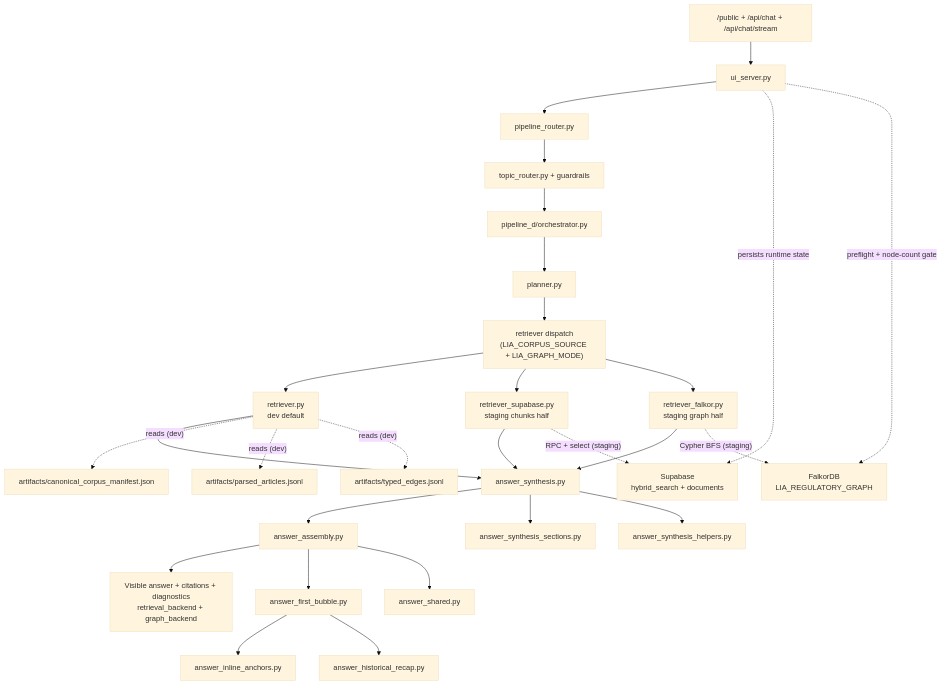
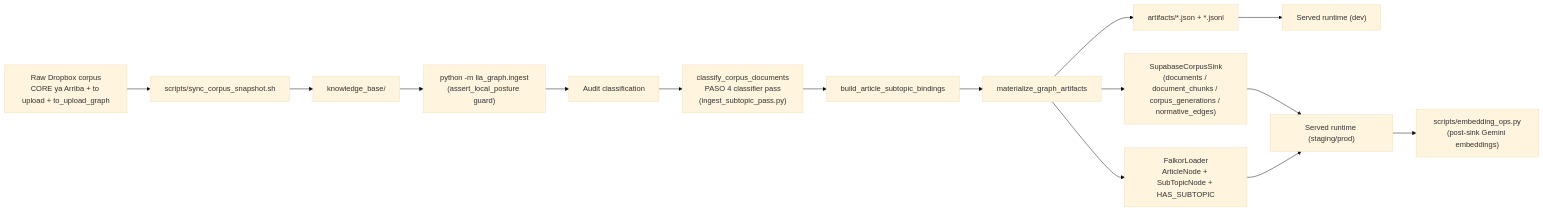
The second of 3 diagrams in docs/guide/orchestration.md (avas888/LIA_Graph), drawn with Mermaid (base theme) before and after one commit. The commit also changed other lines of this file, not shown here.

First line of the commit message:
docs(orchestration): deep refresh — current-state map + single-pass ingest + subtopic-aware retrieval

````diff
--- a/docs/guide/orchestration.md
+++ b/docs/guide/orchestration.md
@@ -467,32 +275,17 @@
 ```mermaid
-flowchart TD
-    A["/public + /api/chat + /api/chat/stream"] --> B["ui_server.py"]
-    B --> C["pipeline_router.py"]
-    C --> D["topic_router.py + guardrails"]
-    D --> E["pipeline_d/orchestrator.py"]
-    E --> F["planner.py"]
-    F --> G["retriever dispatch<br/>(LIA_CORPUS_SOURCE + LIA_GRAPH_MODE)"]
-    G --> G1["retriever.py<br/>dev default"]
-    G --> G2["retriever_supabase.py<br/>staging chunks half"]
-    G --> G3["retriever_falkor.py<br/>staging graph half"]
-    G1 --> H["answer_synthesis.py"]
-    G2 --> H
-    G3 --> H
-    H --> I["answer_assembly.py"]
-    I --> J["Visible answer + citations + diagnostics<br/>retrieval_backend + graph_backend"]
-
-    H --> K["answer_synthesis_sections.py"]
-    H --> L["answer_synthesis_helpers.py"]
-    I --> M["answer_first_bubble.py"]
-    I --> N["answer_shared.py"]
-    M --> O["answer_inline_anchors.py"]
-    M --> P["answer_historical_recap.py"]
-
-    G1 -. reads (dev) .-> Q["artifacts/canonical_corpus_manifest.json"]
-    G1 -. reads (dev) .-> R["artifacts/parsed_articles.jsonl"]
-    G1 -. reads (dev) .-> S["artifacts/typed_edges.jsonl"]
-    G2 -. RPC + select (staging) .-> T["Supabase<br/>hybrid_search + documents"]
-    G3 -. Cypher BFS (staging) .-> U["FalkorDB<br/>LIA_REGULATORY_GRAPH"]
-    B -. persists runtime state .-> T
-    B -. preflight + node-count gate .-> U
+flowchart LR
+    A["Raw Dropbox corpus<br/>CORE ya Arriba + to upload + to_upload_graph"] --> B["scripts/sync_corpus_snapshot.sh"]
+    B --> C["knowledge_base/"]
+    C --> D["python -m lia_graph.ingest<br/>(assert_local_posture guard)"]
+    D --> E["Audit classification"]
+    E --> F["classify_corpus_documents<br/>PASO 4 classifier pass<br/>(ingest_subtopic_pass.py)"]
+    F --> G["build_article_subtopic_bindings"]
+    G --> H["materialize_graph_artifacts"]
+    H --> I["artifacts/*.json + *.jsonl"]
+    H --> J["SupabaseCorpusSink<br/>(documents / document_chunks / corpus_generations / normative_edges)"]
+    H --> K["FalkorLoader<br/>ArticleNode + SubTopicNode + HAS_SUBTOPIC"]
+    I --> L["Served runtime (dev)"]
+    J --> M["Served runtime (staging/prod)"]
+    K --> M
+    M --> N["scripts/embedding_ops.py<br/>(post-sink Gemini embeddings)"]
 ```
````
